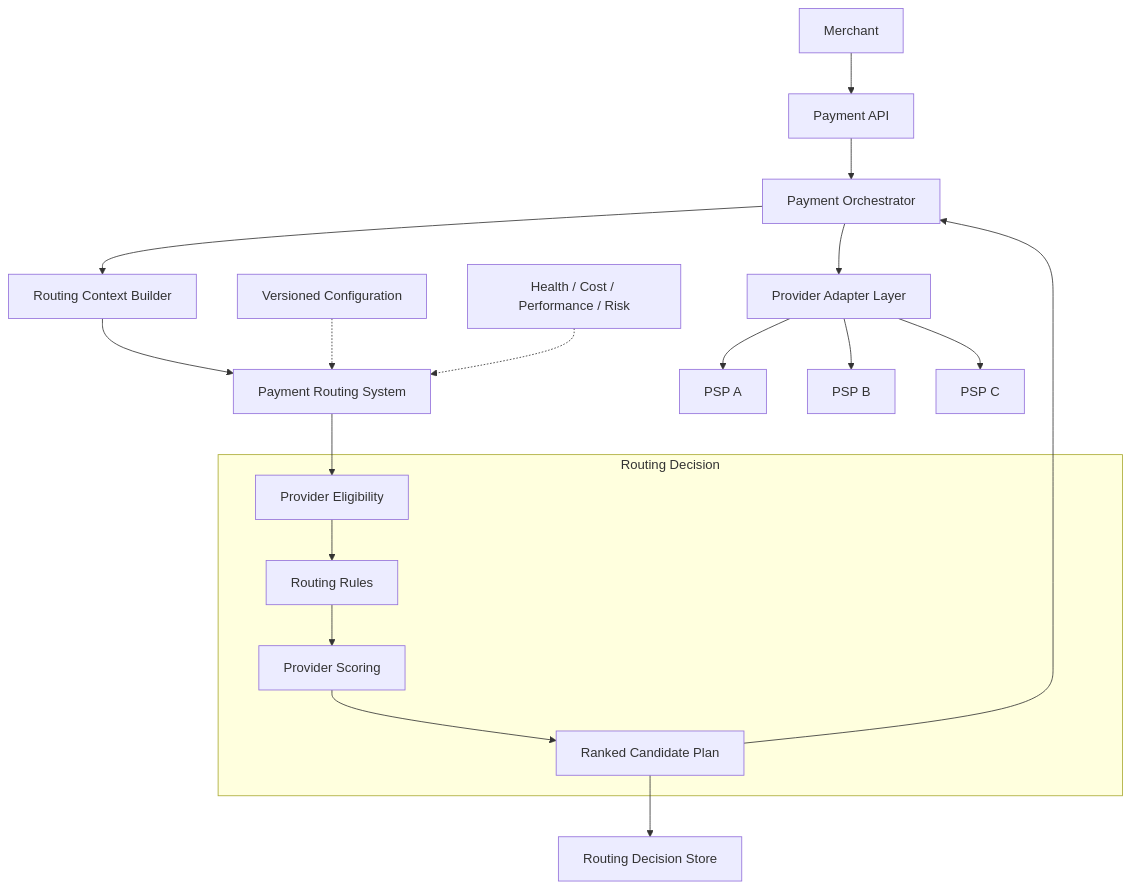
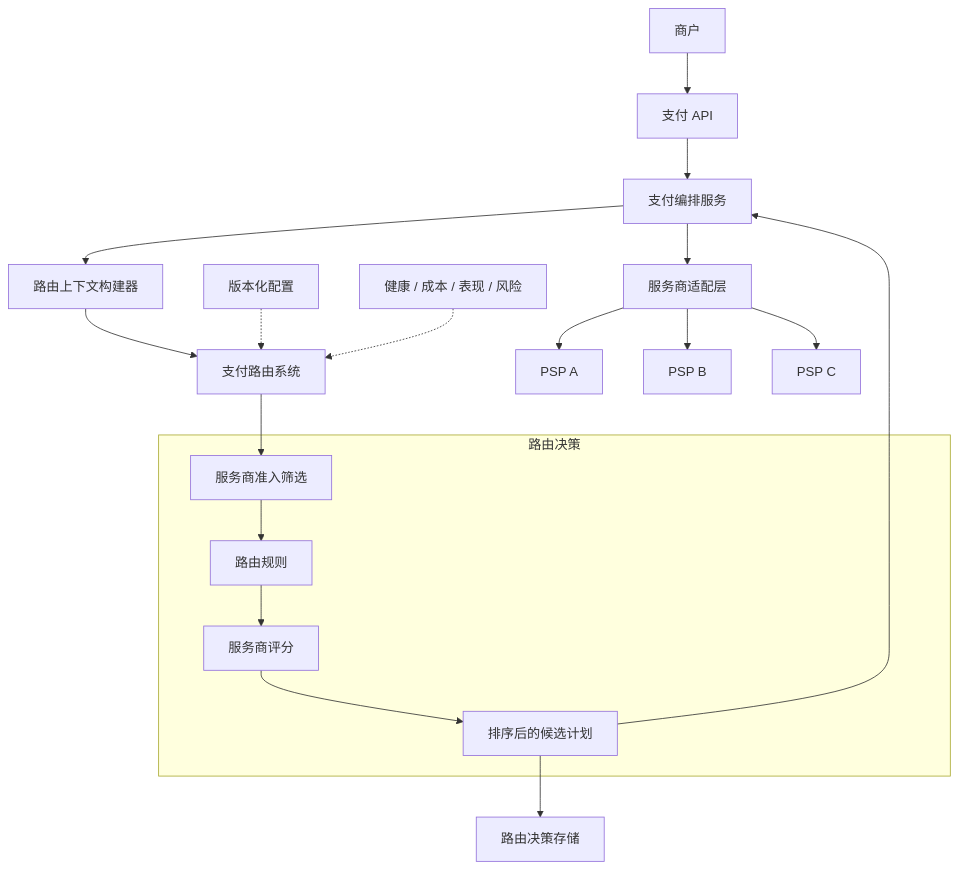
One commit to YouEclipse/Designing-Modern-Payment-Systems changed the third of 4 diagrams in part-1-foundations/why-payment-routing.md. Above: the diagram before and after it, drawn with Mermaid. The commit also changed other lines of this file and 59 other files, not shown here.

````diff
--- a/part-1-foundations/why-payment-routing.md
+++ b/part-1-foundations/why-payment-routing.md
@@ -196,25 +196,25 @@
 ```mermaid
 flowchart TB
-    Merchant["Merchant"] --> API["Payment API"]
-    API --> Orchestrator["Payment Orchestrator"]
-    Orchestrator --> Context["Routing Context Builder"]
-    Context --> Router["Payment Routing System"]
+    Merchant["商户"] --> API["支付 API"]
+    API --> Orchestrator["支付编排服务"]
+    Orchestrator --> Context["路由上下文构建器"]
+    Context --> Router["支付路由系统"]
 
-    subgraph Decision["Routing Decision"]
-        Eligibility["Provider Eligibility"]
-        Rules["Routing Rules"]
-        Scoring["Provider Scoring"]
-        Selection["Ranked Candidate Plan"]
+    subgraph Decision["路由决策"]
+        Eligibility["服务商准入筛选"]
+        Rules["路由规则"]
+        Scoring["服务商评分"]
+        Selection["排序后的候选计划"]
         Eligibility --> Rules --> Scoring --> Selection
     end
 
     Router --> Eligibility
-    Config["Versioned Configuration"] -.-> Router
-    Signals["Health / Cost / Performance / Risk"] -.-> Router
-    Selection --> Store["Routing Decision Store"]
+    Config["版本化配置"] -.-> Router
+    Signals["健康 / 成本 / 表现 / 风险"] -.-> Router
+    Selection --> Store["路由决策存储"]
     Selection --> Orchestrator
-    Orchestrator --> Adapters["Provider Adapter Layer"]
+    Orchestrator --> Adapters["服务商适配层"]
     Adapters --> PSPA["PSP A"]
     Adapters --> PSPB["PSP B"]
     Adapters --> PSPC["PSP C"]
 ```
````
